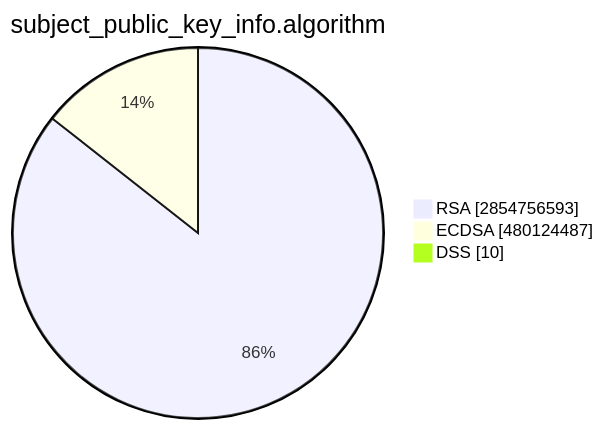
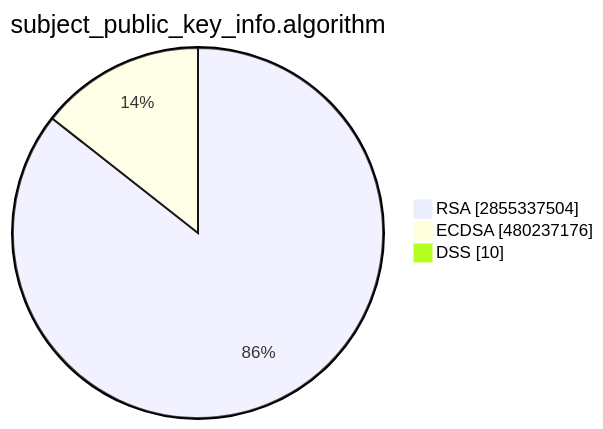
The second of 15 diagrams in TOTAL/README.md (christiankrug/ctmonitor_visualization), drawn with Mermaid before and after one commit. The commit also changed other lines of this file, not shown here.

````diff
--- a/TOTAL/README.md
+++ b/TOTAL/README.md
@@ -6,7 +6,7 @@
 ```mermaid
 pie showData
 title subject_public_key_info.algorithm
-"RSA" :2854756593
-"ECDSA" :480124487
+"RSA" :2855337504
+"ECDSA" :480237176
 "DSS" :10
 ```
````
